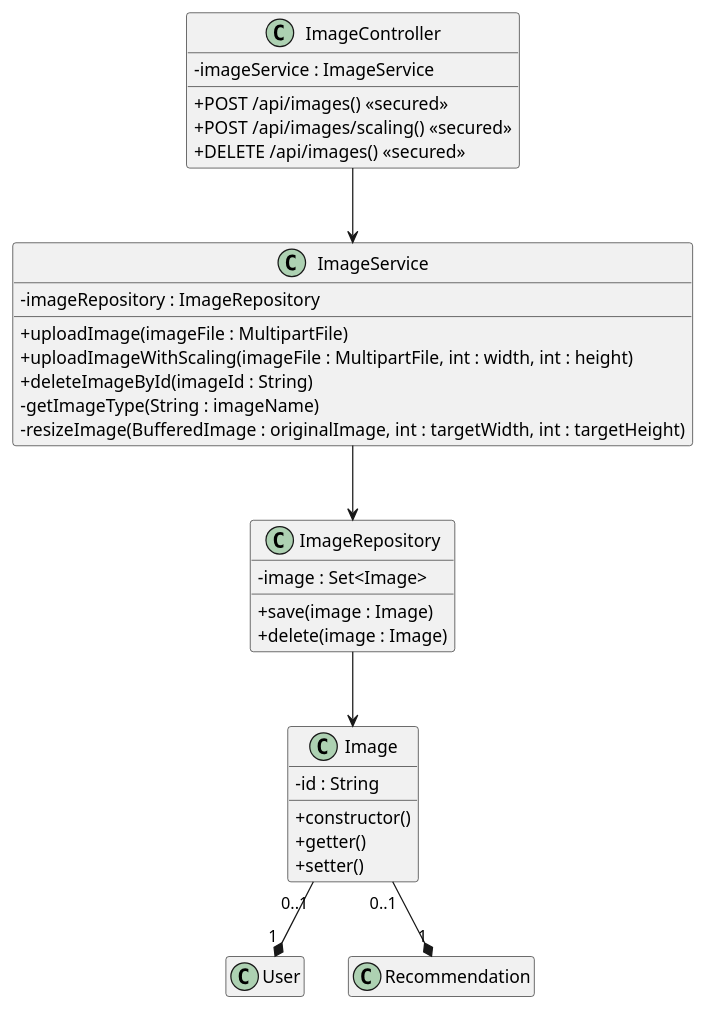
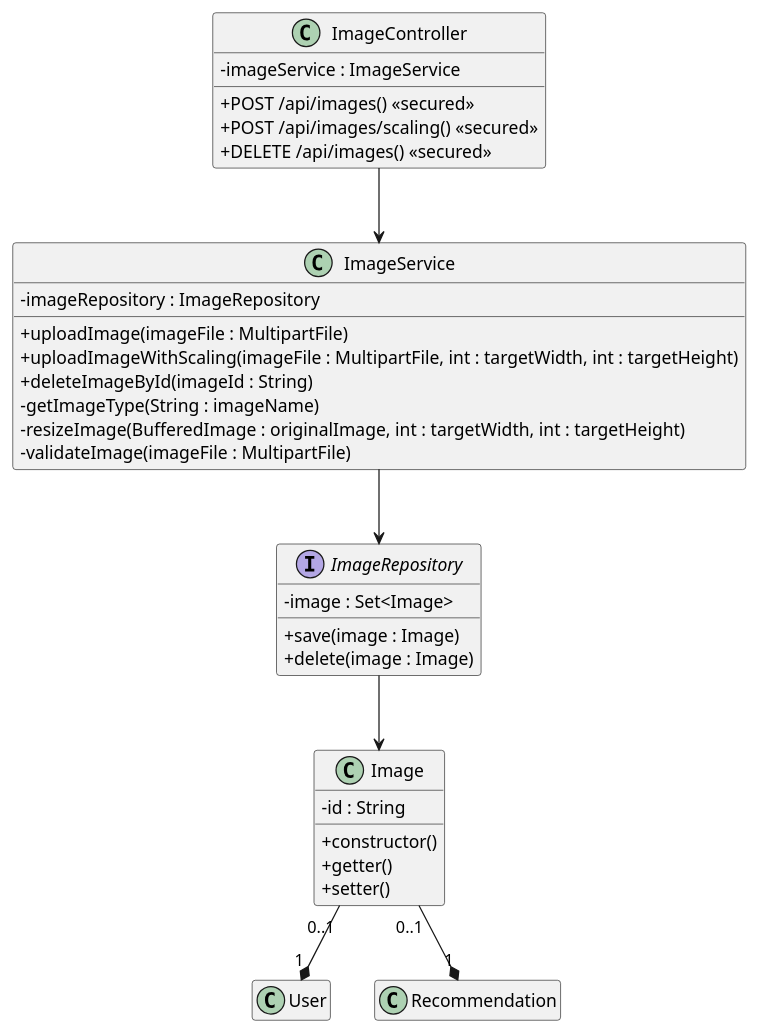
One commit to SpaghettiCodeGang/TryLater-Server changed the diagram in uml/class/Class_ImageUpload.puml. Above: the diagram before and after it, drawn with PlantUML.

Commit message:
docs: correct mistakes in image uml diagram

```diff
--- a/uml/class/Class_ImageUpload.puml
+++ b/uml/class/Class_ImageUpload.puml
@@ -1,37 +1,38 @@
 @startuml
 skinparam classAttributeIconSize 0
 hide empty members
 
 class Image {
     - id : String
     + constructor()
     + getter()
     + setter()
 }
-class ImageRepository {
+interface ImageRepository {
     - image : Set<Image>
     + save(image : Image)
     + delete(image : Image)
 }
 class ImageService {
     - imageRepository : ImageRepository
     + uploadImage(imageFile : MultipartFile)
-    + uploadImageWithScaling(imageFile : MultipartFile, int : width, int : height)
+    + uploadImageWithScaling(imageFile : MultipartFile, int : targetWidth, int : targetHeight)
     + deleteImageById(imageId : String)
     - getImageType(String : imageName)
     - resizeImage(BufferedImage : originalImage, int : targetWidth, int : targetHeight)
+    - validateImage(imageFile : MultipartFile)
 }
 class ImageController {
     - imageService : ImageService
     + POST /api/images() <<secured>>
     + POST /api/images/scaling() <<secured>>
     + DELETE /api/images() <<secured>>
 }
 
 Image "0..1" --* "1" User
 Image "0..1" --* "1" Recommendation
 ImageRepository --> Image
 ImageService --> ImageRepository
 ImageController --> ImageService
 
 @enduml
```
